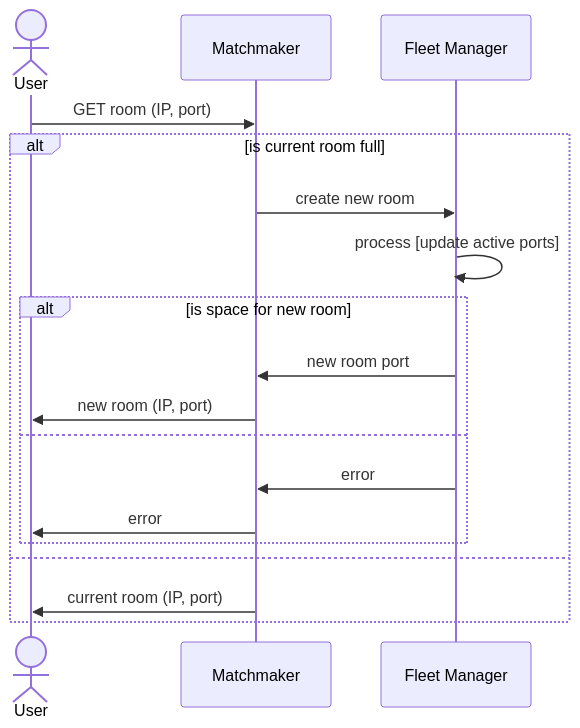
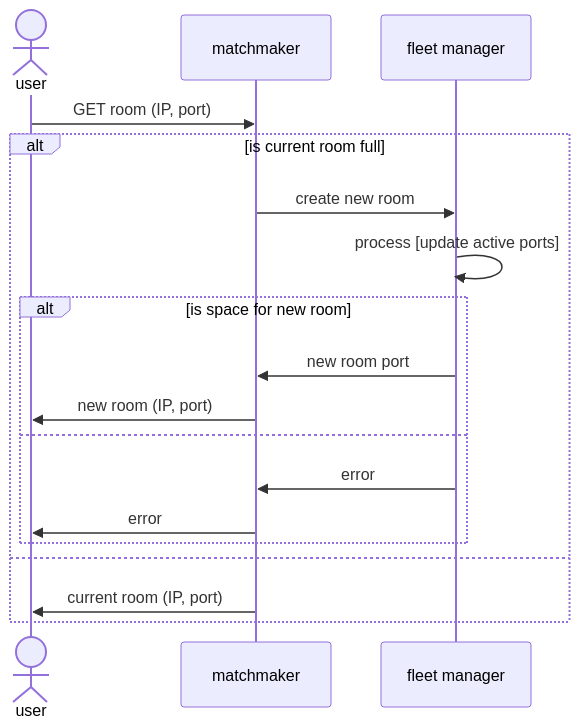
One commit to AdrKacz/super-duper-guacamole changed the fourth of 5 diagrams in README.md. Above: the diagram before and after it, drawn with Mermaid. The commit also changed other lines of this file, not shown here.

````diff
--- a/README.md
+++ b/README.md
@@ -86,20 +86,20 @@
 ```mermaid
 sequenceDiagram
-    actor User
-    participant MM as Matchmaker
-    participant FM as Fleet Manager
-    User ->> MM: GET room (IP, port)
+    actor user
+    participant MM as matchmaker
+    participant FM as fleet manager
+    user ->> MM: GET room (IP, port)
     alt is current room full
         MM ->> FM: create new room
         FM ->> FM: process [update active ports]
         alt is space for new room
             FM ->> MM: new room port
-            MM ->> User: new room (IP, port)
+            MM ->> user: new room (IP, port)
         else
             FM ->> MM: error
-            MM ->> User: error
+            MM ->> user: error
         end
     else
-      MM ->> User: current room (IP, port)
+      MM ->> user: current room (IP, port)
     end
 ```
````
